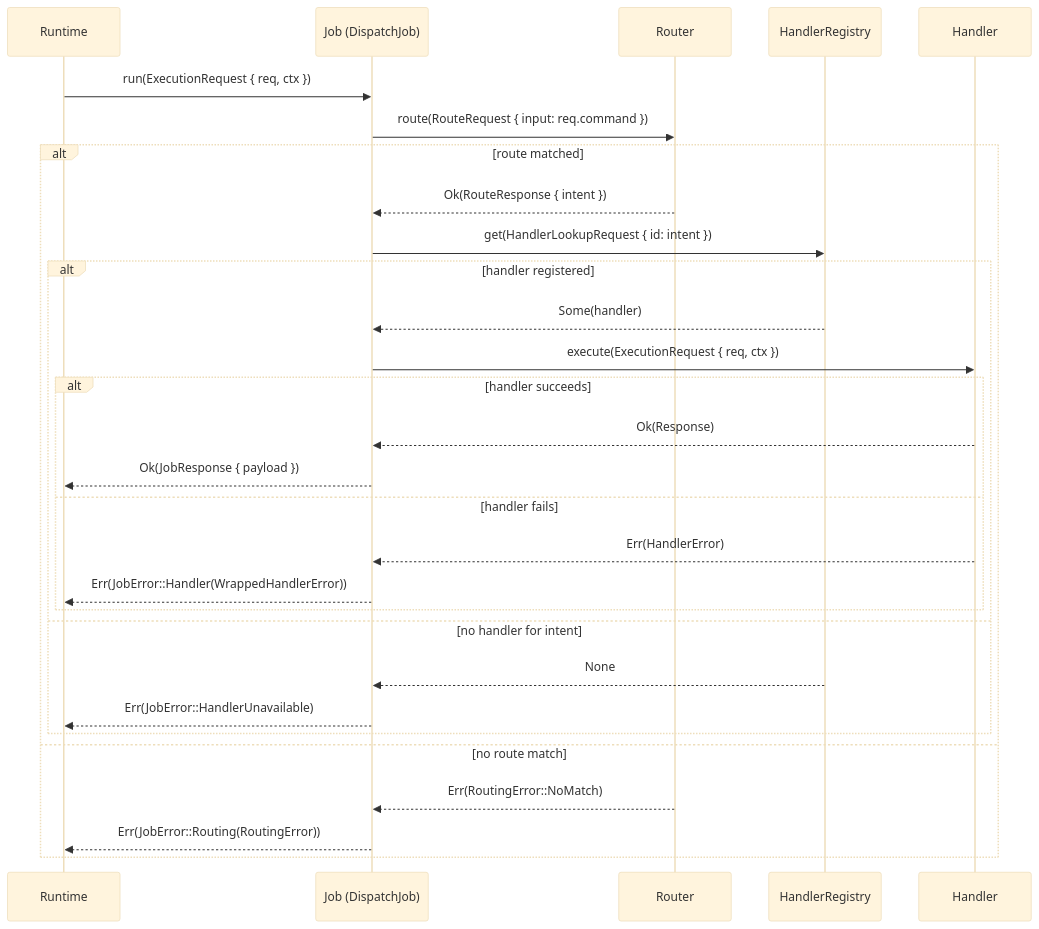
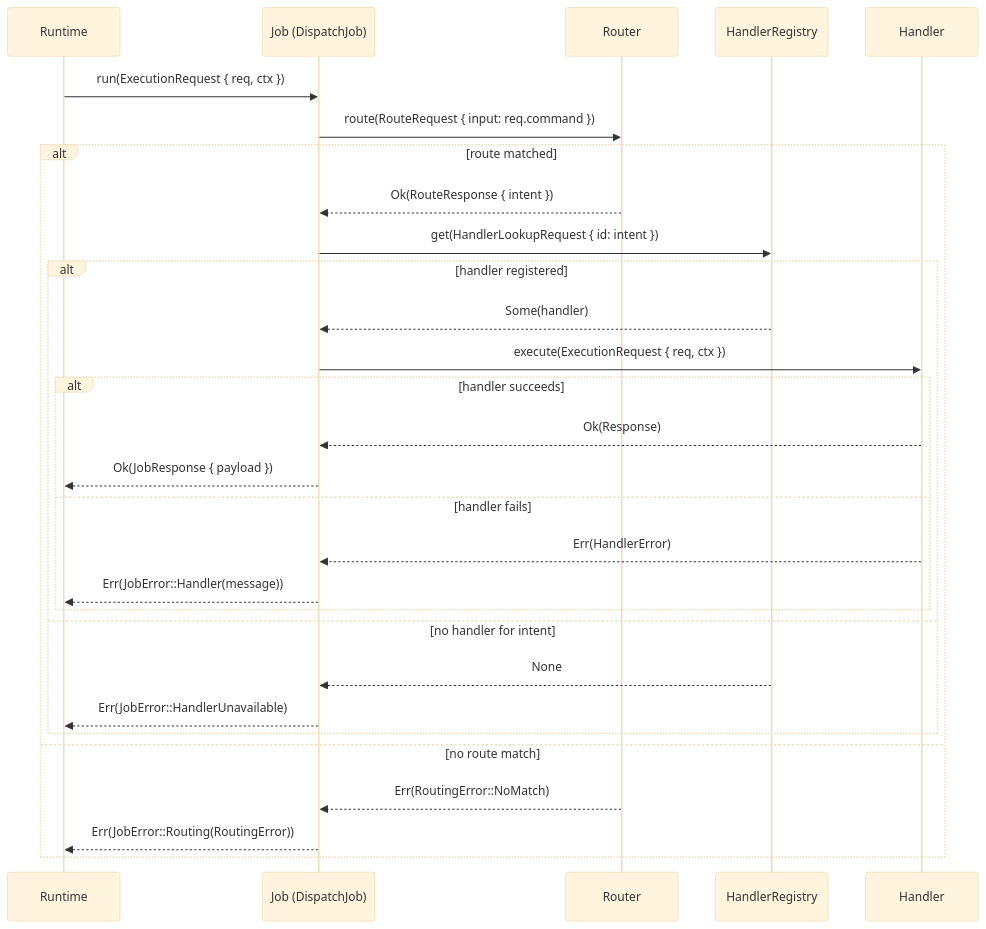
One commit to sweengineeringlabs/edge-proxy changed the third of 4 diagrams in scm/docs/3-design/architecture.md. Above: the diagram before and after it, drawn with Mermaid (base theme). The commit also changed other lines of this file and 21 other files, not shown here.

````diff
--- a/scm/docs/3-design/architecture.md
+++ b/scm/docs/3-design/architecture.md
@@ -195,32 +195,32 @@
 ```mermaid
 sequenceDiagram
     participant RT as Runtime
     participant J as Job (DispatchJob)
     participant R as Router
     participant HR as HandlerRegistry
     participant H as Handler
 
     RT->>J: run(ExecutionRequest { req, ctx })
     J->>R: route(RouteRequest { input: req.command })
     alt route matched
         R-->>J: Ok(RouteResponse { intent })
         J->>HR: get(HandlerLookupRequest { id: intent })
         alt handler registered
             HR-->>J: Some(handler)
             J->>H: execute(ExecutionRequest { req, ctx })
             alt handler succeeds
                 H-->>J: Ok(Response)
                 J-->>RT: Ok(JobResponse { payload })
             else handler fails
                 H-->>J: Err(HandlerError)
-                J-->>RT: Err(JobError::Handler(WrappedHandlerError))
+                J-->>RT: Err(JobError::Handler(message))
             end
         else no handler for intent
             HR-->>J: None
             J-->>RT: Err(JobError::HandlerUnavailable)
         end
     else no route match
         R-->>J: Err(RoutingError::NoMatch)
         J-->>RT: Err(JobError::Routing(RoutingError))
     end
 ```
````
